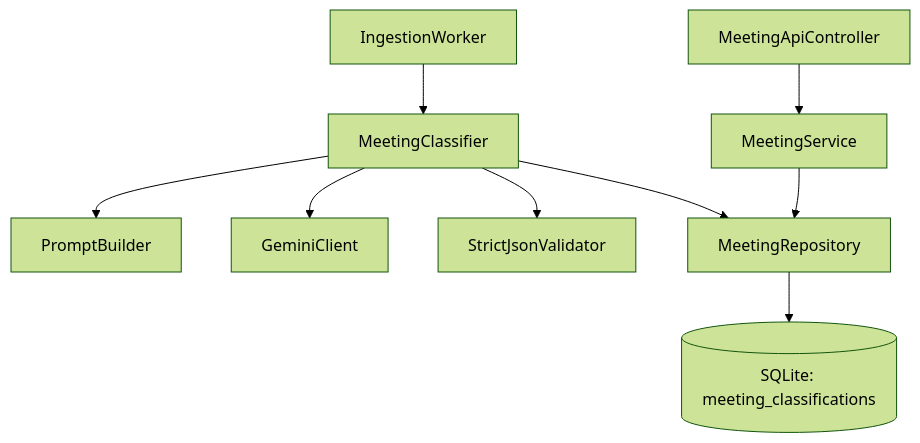
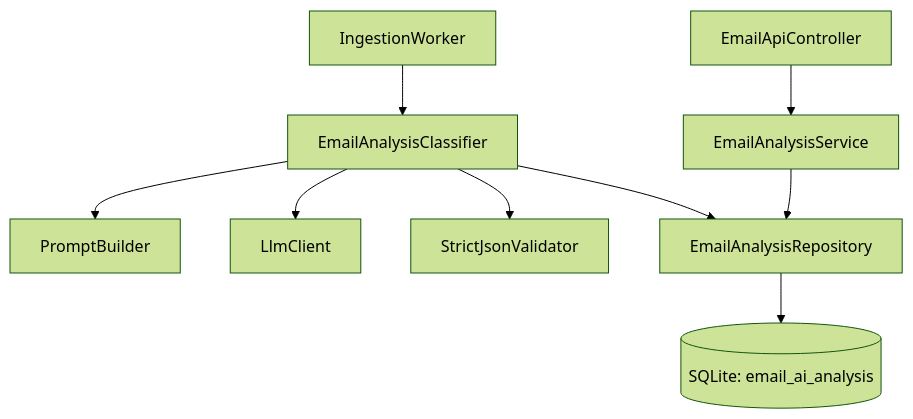
Diagram 13 of 20 in backend/backend_specification_Modules.md (XunSong02/OutlookPlus), drawn with Mermaid (forest theme) before and after one commit. The commit also changed other lines of this file and 159 other files, not shown here.

````diff
--- a/backend/backend_specification_Modules.md
+++ b/backend/backend_specification_Modules.md
@@ -922,11 +981,11 @@
 ```mermaid
 flowchart TB
-	Worker[IngestionWorker] --> Classifier[MeetingClassifier]
+	Worker[IngestionWorker] --> Classifier[EmailAnalysisClassifier]
 	Classifier --> Prompt[PromptBuilder]
-	Classifier --> Gemini[GeminiClient]
+	Classifier --> LLM[LlmClient]
 	Classifier --> Validate[StrictJsonValidator]
-	Classifier --> Repo[MeetingRepository]
-	Repo --> DB[(SQLite: meeting_classifications)]
-	API[MeetingApiController] --> Svc[MeetingService]
+	Classifier --> Repo[EmailAnalysisRepository]
+	Repo --> DB[(SQLite: email_ai_analysis)]
+	API[EmailApiController] --> Svc[EmailAnalysisService]
 	Svc --> Repo
 ```
````
